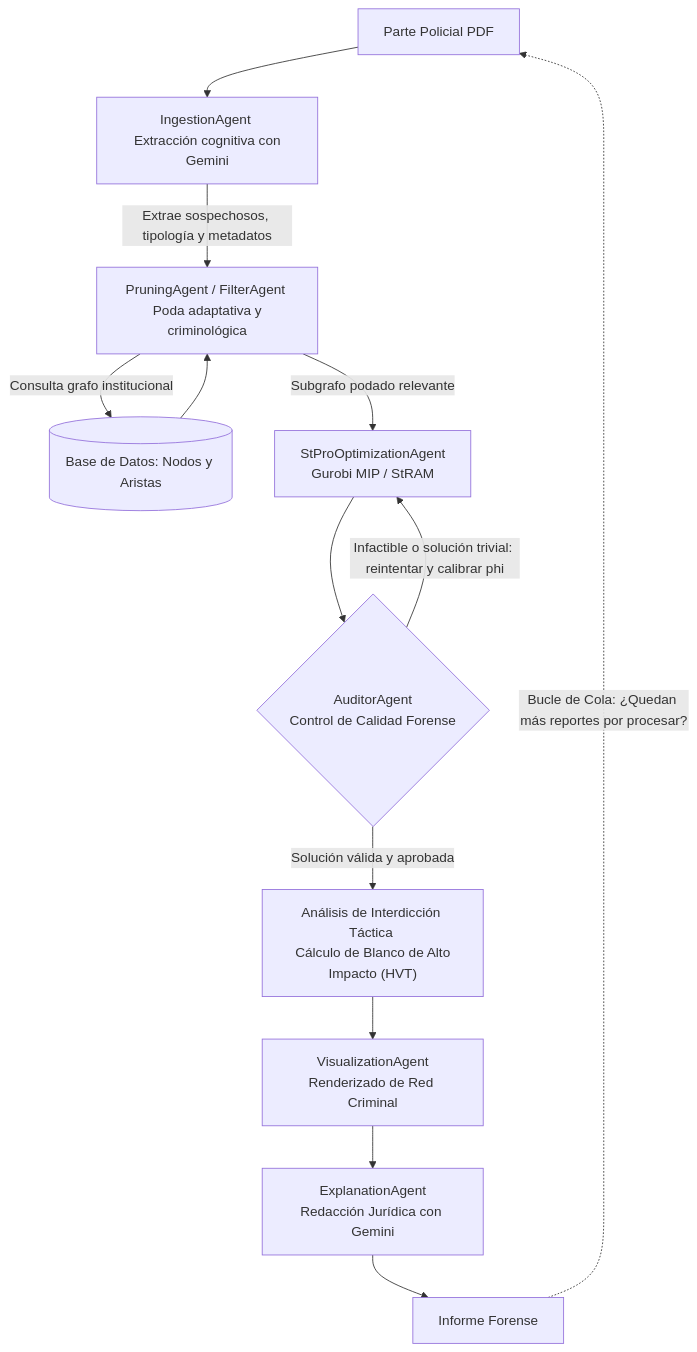
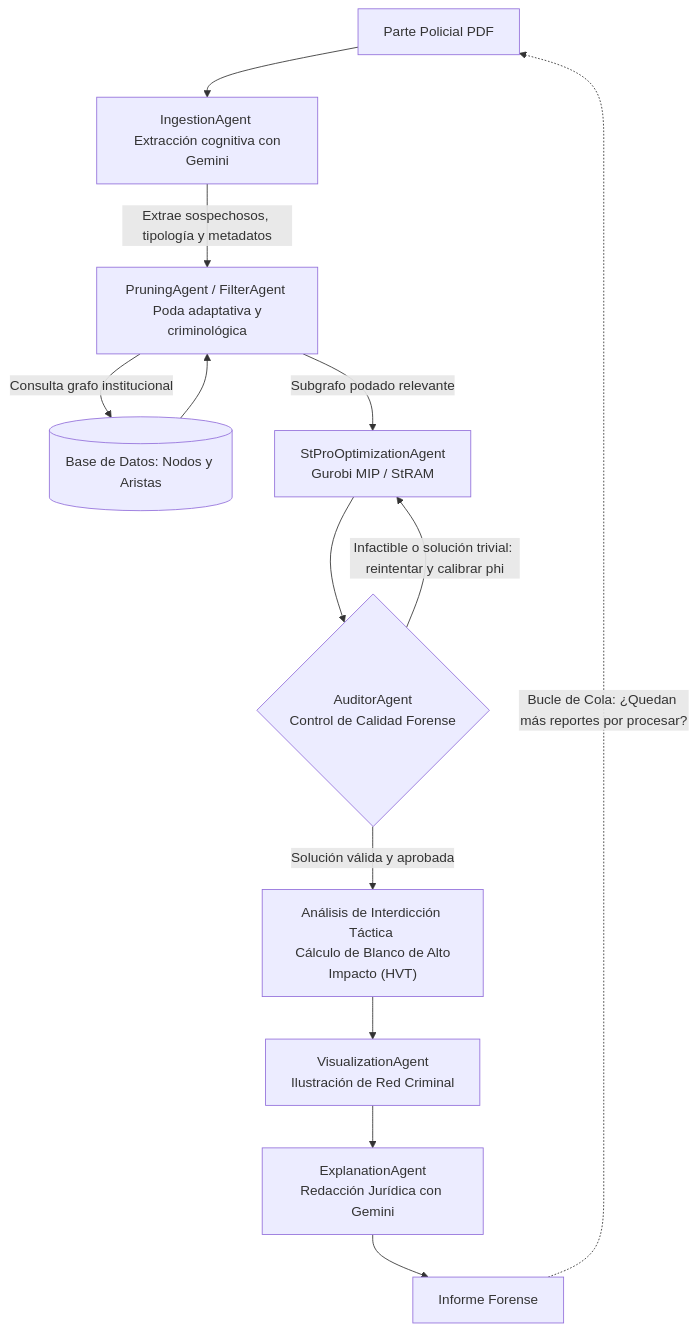
Before and after one commit to MGS100802/TESIS_FISCALIA: the diagram in README.md, drawn with Mermaid.

Commit message:
Actualizar README.md

````diff
--- a/README.md
+++ b/README.md
@@ -17,21 +17,21 @@
 ```mermaid
 flowchart TD
     A["Parte Policial PDF"] --> B["IngestionAgent <br> Extracción cognitiva con Gemini"]
     B -->|"Extrae sospechosos, tipología y metadatos"| C["PruningAgent / FilterAgent <br> Poda adaptativa y criminológica"]
     
     C -->|"Consulta grafo institucional"| D[("Base de Datos: Nodos y Aristas")]
     D --> C
     
     C -->|"Subgrafo podado relevante"| E["StProOptimizationAgent <br> Gurobi MIP / StRAM"]
     
     E --> F{"AuditorAgent <br> Control de Calidad Forense"}
     
     F -->|"Infactible o solución trivial: reintentar y calibrar phi"| E
     F -->|"Solución válida y aprobada"| G["Análisis de Interdicción Táctica <br> Cálculo de Blanco de Alto Impacto (HVT)"]
     
-    G --> H["VisualizationAgent<br>Renderizado de Red Criminal"]
+    G --> H["VisualizationAgent <br> Ilustración de Red Criminal"]
     H --> I["ExplanationAgent<br>Redacción Jurídica con Gemini"]
     I --> J["Informe Forense"]
     
     J -.->|"Bucle de Cola: ¿Quedan más reportes por procesar?"| A
 ```
````
